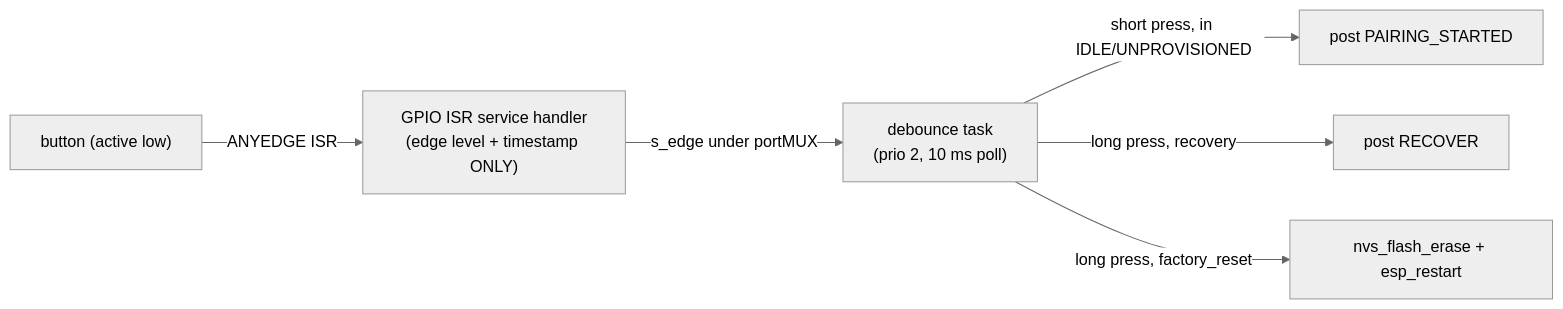
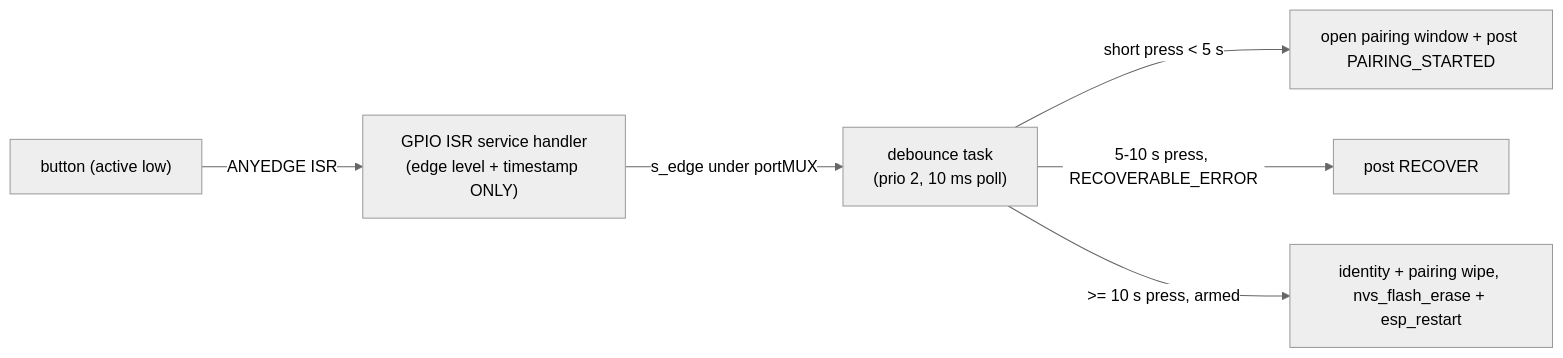
Before and after one commit to pitydah/michi-music-stream: the third of 9 diagrams in firmware/README.md, drawn with Mermaid (neutral theme). The commit also changed other lines of this file and 19 other files, not shown here.

Commit message:
fix(button): expose deterministic recovery and factory reset gestures

````diff
--- a/firmware/README.md
+++ b/firmware/README.md
@@ -811,8 +812,8 @@
 ```mermaid
 flowchart LR
     BTN["button (active low)"] -->|ANYEDGE ISR| ISR["GPIO ISR service handler<br/>(edge level + timestamp ONLY)"]
     ISR -->|s_edge under portMUX| DT["debounce task<br/>(prio 2, 10 ms poll)"]
-    DT -->|short press, in IDLE/UNPROVISIONED| FSM1["post PAIRING_STARTED"]
-    DT -->|long press, recovery| FSM2["post RECOVER"]
-    DT -->|long press, factory_reset| NVS["nvs_flash_erase + esp_restart"]
+    DT -->|short press < 5 s| FSM1["open pairing window + post PAIRING_STARTED"]
+    DT -->|5-10 s press, RECOVERABLE_ERROR| FSM2["post RECOVER"]
+    DT -->|>= 10 s press, armed| NVS["identity + pairing wipe, nvs_flash_erase + esp_restart"]
 ```
````
